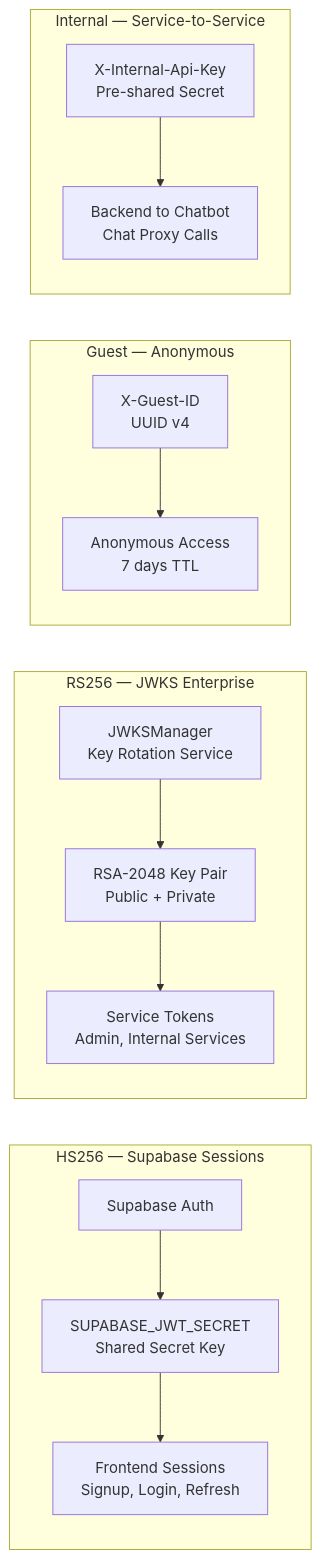
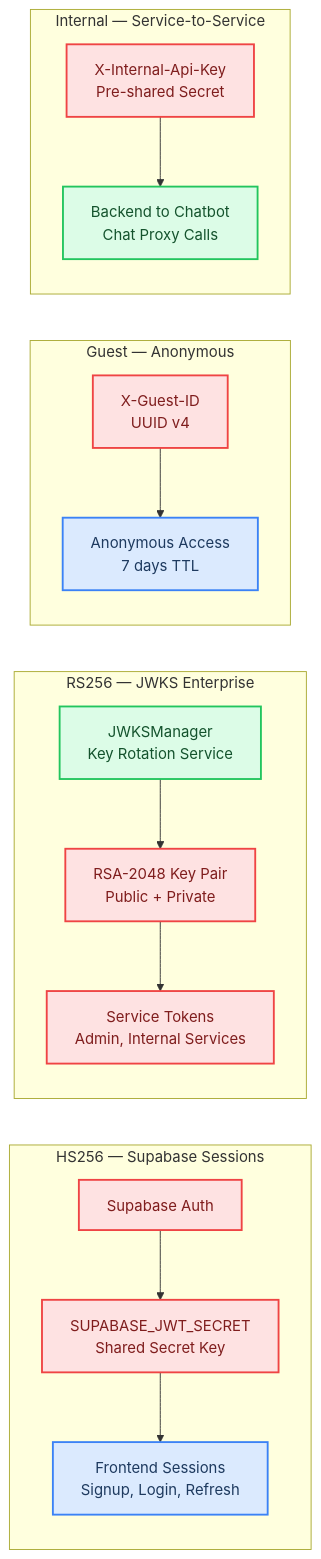
One commit to SafeVixAI/SafeVixAI changed the first of 3 diagrams in docs/architecture/AUTHENTICATION.md. Above: the diagram before and after it, drawn with Mermaid. The commit also changed other lines of this file and 85 other files, not shown here.

Commit message:
docs: Fix Mermaid diagrams, resolve relative link warnings, and ensure clean mkdocs build

````diff
--- a/docs/architecture/AUTHENTICATION.md
+++ b/docs/architecture/AUTHENTICATION.md
@@ -7,28 +7,37 @@
 ```mermaid
 graph LR
+    classDef edge fill:#dbeafe,stroke:#3b82f6,stroke-width:2px,color:#1e3a5f
+    classDef control fill:#dcfce7,stroke:#22c55e,stroke-width:2px,color:#14532d
+    classDef ai fill:#f3e8ff,stroke:#a855f7,stroke-width:2px,color:#581c87
+    classDef data fill:#fef3c7,stroke:#f59e0b,stroke-width:2px,color:#78350f
+    classDef security fill:#fee2e2,stroke:#ef4444,stroke-width:2px,color:#7f1d1d
+    classDef external fill:#f1f5f9,stroke:#94a3b8,stroke-width:2px,stroke-dasharray:5 5,color:#334155
+    classDef decision fill:#e0e7ff,stroke:#6366f1,stroke-width:2px,color:#312e81
+    classDef success fill:#d1fae5,stroke:#10b981,stroke-width:2px,color:#064e3b
+
     subgraph HS256["HS256 — Supabase Sessions"]
-        H1[Supabase Auth]
-        H2[SUPABASE_JWT_SECRET<br/>Shared Secret Key]
-        H3[Frontend Sessions<br/>Signup, Login, Refresh]
+        H1["Supabase Auth"]:::security
+        H2["SUPABASE_JWT_SECRET<br/>Shared Secret Key"]:::security
+        H3["Frontend Sessions<br/>Signup, Login, Refresh"]:::edge
         H1 --> H2 --> H3
     end
 
     subgraph RS256["RS256 — JWKS Enterprise"]
-        R1[JWKSManager<br/>Key Rotation Service]
-        R2[RSA-2048 Key Pair<br/>Public + Private]
-        R3[Service Tokens<br/>Admin, Internal Services]
+        R1["JWKSManager<br/>Key Rotation Service"]:::control
+        R2["RSA-2048 Key Pair<br/>Public + Private"]:::security
+        R3["Service Tokens<br/>Admin, Internal Services"]:::security
         R1 --> R2 --> R3
     end
 
     subgraph Guest["Guest — Anonymous"]
-        G1[X-Guest-ID<br/>UUID v4]
-        G2[Anonymous Access<br/>7 days TTL]
+        G1["X-Guest-ID<br/>UUID v4"]:::security
+        G2["Anonymous Access<br/>7 days TTL"]:::edge
         G1 --> G2
     end
 
     subgraph Internal["Internal — Service-to-Service"]
-        I1[X-Internal-Api-Key<br/>Pre-shared Secret]
-        I2[Backend to Chatbot<br/>Chat Proxy Calls]
+        I1["X-Internal-Api-Key<br/>Pre-shared Secret"]:::security
+        I2["Backend to Chatbot<br/>Chat Proxy Calls"]:::control
         I1 --> I2
     end
 ```
````
